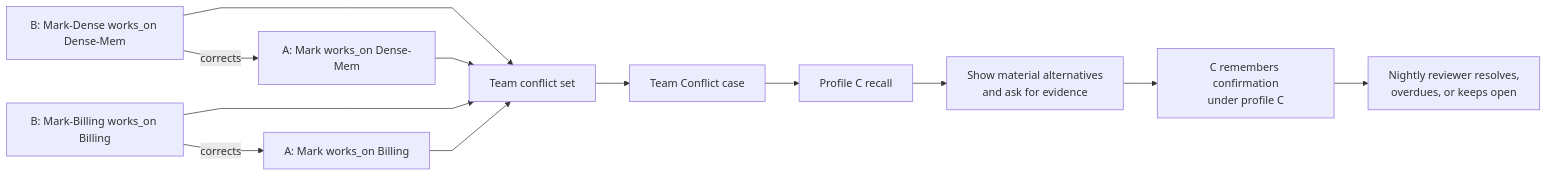
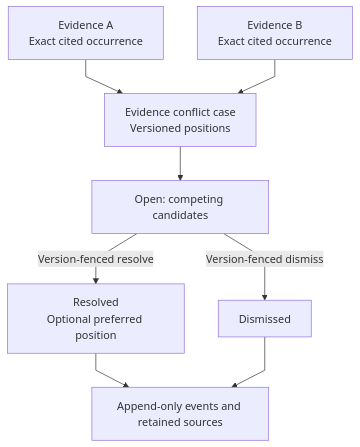
The second of 2 diagrams in Conflicts-And-Corrections.md (markhuangai/dense-mem), drawn with Mermaid before and after one commit. The commit also changed other lines of this file and 34 other files, not shown here.

Commit message:
docs: publish visual Evidence-only memory guide

````diff
--- a/Conflicts-And-Corrections.md
+++ b/Conflicts-And-Corrections.md
@@ -49,15 +45,11 @@
 ```mermaid
 %%{init: {"flowchart": {"curve": "linear"}}}%%
-flowchart LR
-  A1["A: Mark works_on Dense-Mem"] --> Set["Team conflict set"]
-  A2["A: Mark works_on Billing"] --> Set
-  B1["B: Mark-Dense works_on Dense-Mem"] --> Set
-  B2["B: Mark-Billing works_on Billing"] --> Set
-  B1 -->|"corrects"| A1
-  B2 -->|"corrects"| A2
-  Set --> Case["Team Conflict case"]
-  Case --> C["Profile C recall"]
-  C --> Ask["Show material alternatives<br/>and ask for evidence"]
-  Ask --> CWrite["C remembers confirmation<br/>under profile C"]
-  CWrite --> Nightly["Nightly reviewer resolves,<br/>overdues, or keeps open"]
+flowchart TB
+  A["Evidence A<br/>Exact cited occurrence"] --> Case["Evidence conflict case<br/>Versioned positions"]
+  B["Evidence B<br/>Exact cited occurrence"] --> Case
+  Case --> Open["Open: competing candidates"]
+  Open -->|"Version-fenced resolve"| Resolved["Resolved<br/>Optional preferred position"]
+  Open -->|"Version-fenced dismiss"| Dismissed["Dismissed"]
+  Resolved --> History["Append-only events and retained sources"]
+  Dismissed --> History
 ```
````
